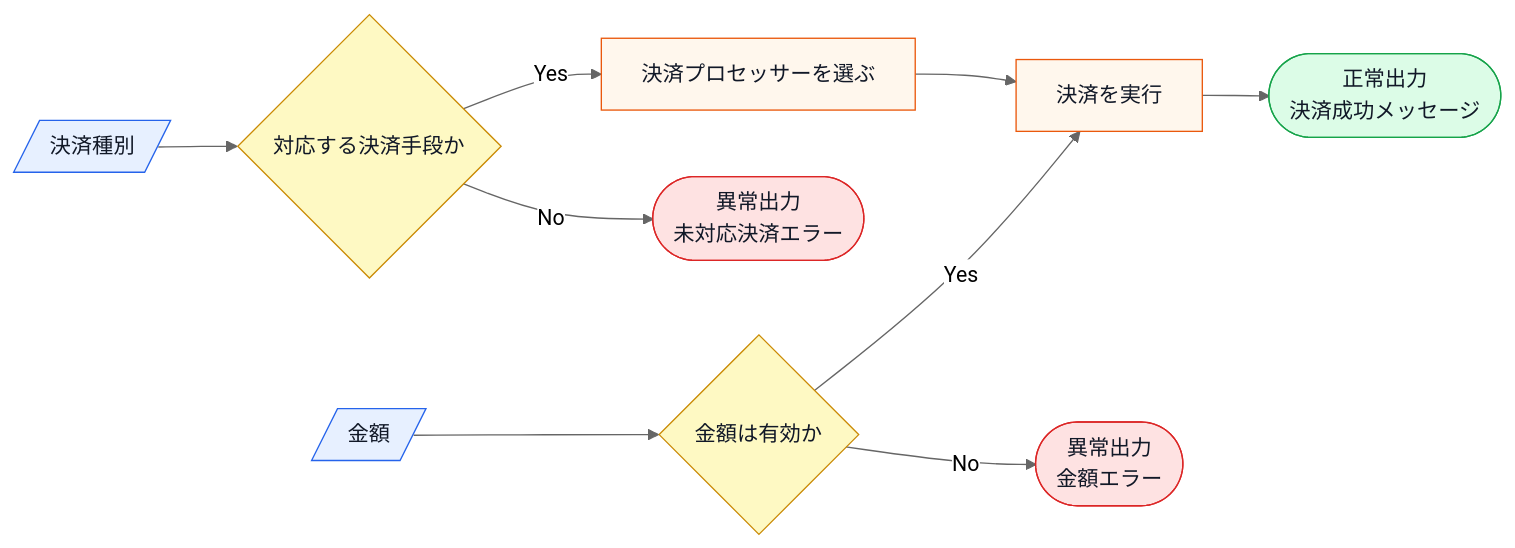
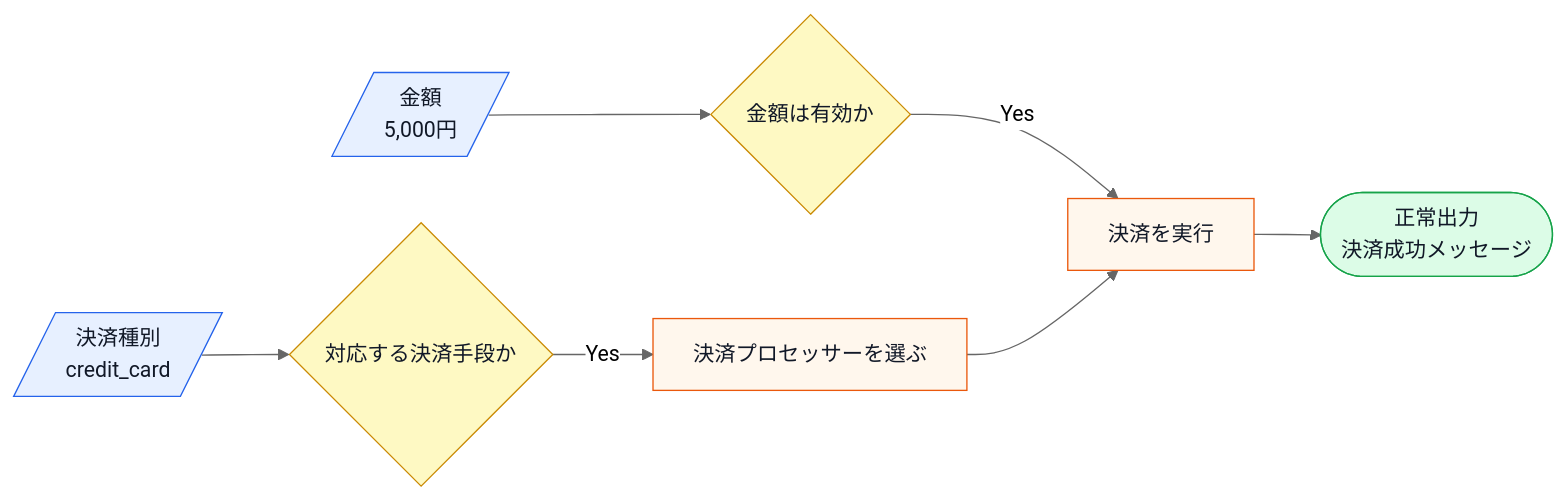
Before and after one commit to kumachan1101-pixel/DesignPattern: the second of 8 diagrams in kindle/design-patterns/output/chapter08.md, drawn with Mermaid (neutral theme). The commit also changed other lines of this file and 11 other files, not shown here.

Commit message:
docs: 残タスクの仕様図と外部境界を全章反映

````diff
--- a/kindle/design-patterns/output/chapter08.md
+++ b/kindle/design-patterns/output/chapter08.md
@@ -45,17 +67,14 @@
 ```mermaid
 flowchart LR
-    A[/決済種別/]:::input --> B{対応する決済手段か}:::decision
-    C[/金額/]:::input --> D{金額は有効か}:::decision
+    A[/決済種別<br>credit_card/]:::input --> B{対応する決済手段か}:::decision
+    C[/金額<br>5,000円/]:::input --> D{金額は有効か}:::decision
     B -->|Yes| E[決済プロセッサーを選ぶ]:::process
     D -->|Yes| F[決済を実行]:::process
     E --> F
     F --> G([正常出力<br>決済成功メッセージ]):::normal
-    B -->|No| H([異常出力<br>未対応決済エラー]):::error
-    D -->|No| I([異常出力<br>金額エラー]):::error
 
     classDef input fill:#e7f0ff,stroke:#2563eb,color:#111827;
     classDef process fill:#fff7ed,stroke:#ea580c,color:#111827;
     classDef decision fill:#fef9c3,stroke:#ca8a04,color:#111827;
     classDef normal fill:#dcfce7,stroke:#16a34a,color:#111827;
-    classDef error fill:#fee2e2,stroke:#dc2626,color:#111827;
 ```
````
